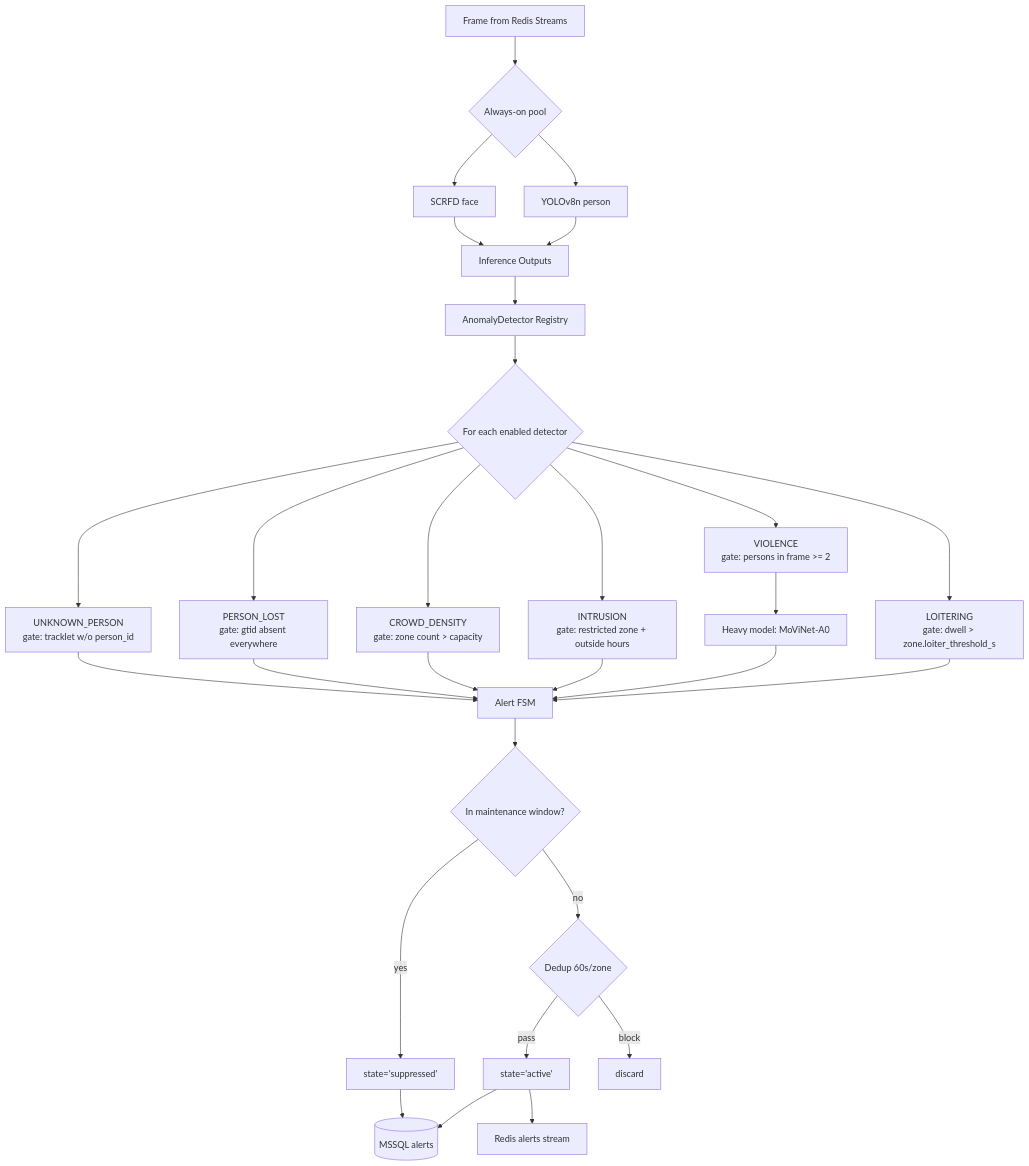
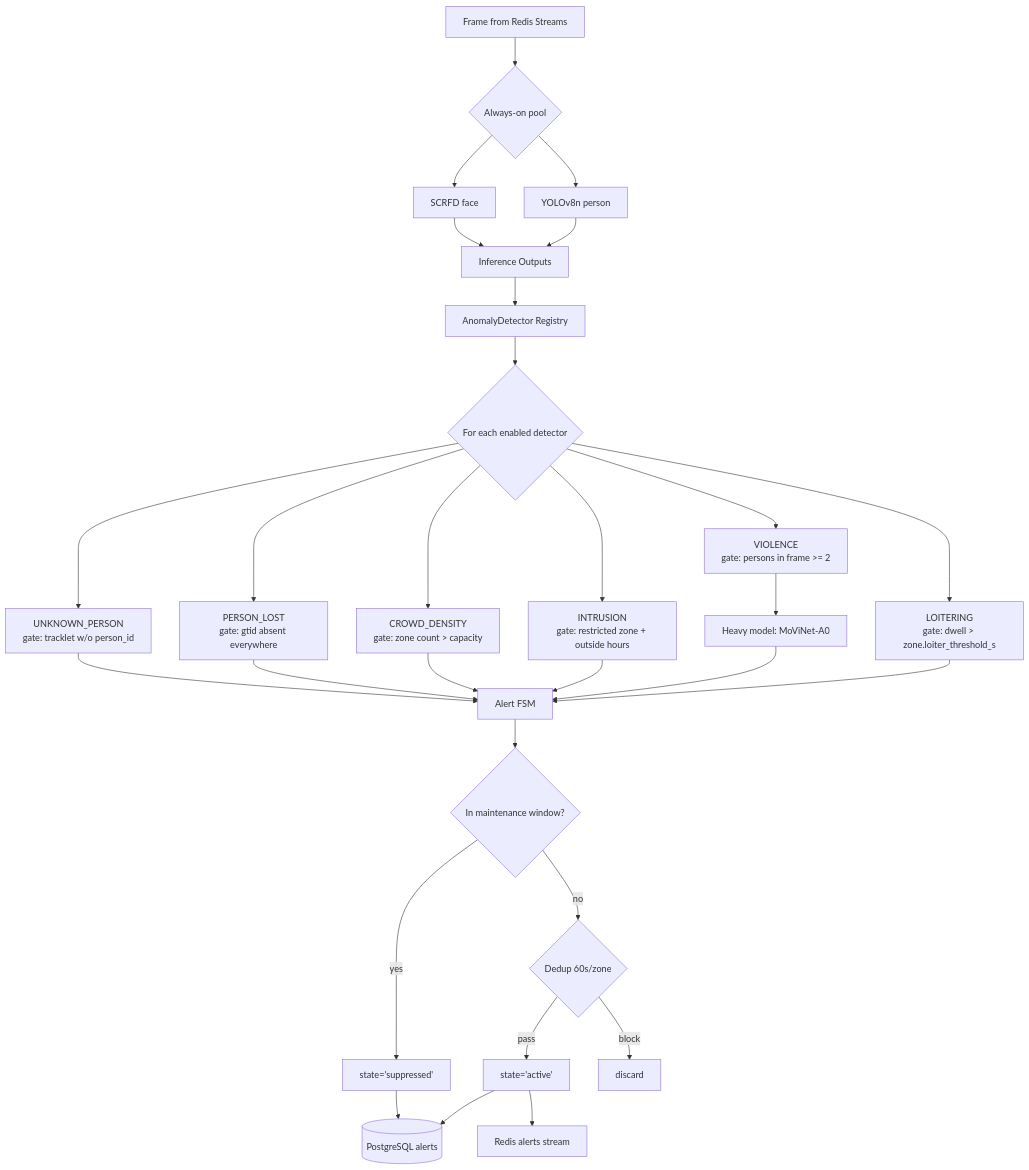
The third of 11 diagrams in README.md (gurvirdhanjal/cctv-surveillance), drawn with Mermaid before and after one commit. The commit also changed other lines of this file and 11 other files, not shown here.

First line of the commit message:
chore: eliminate SQLite — PostgreSQL + pgvector is the only backend

````diff
--- a/README.md
+++ b/README.md
@@ -199,36 +199,36 @@
 ```mermaid
 flowchart TB
     Frame[Frame from Redis Streams] --> AlwaysOn{Always-on pool}
     AlwaysOn --> SCRFD[SCRFD face]
     AlwaysOn --> YOLO[YOLOv8n person]
     SCRFD --> Outputs[Inference Outputs]
     YOLO --> Outputs
 
     Outputs --> Reg[AnomalyDetector Registry]
     Reg --> Detectors{For each enabled detector}
 
     Detectors --> Unk["UNKNOWN_PERSON<br/>gate: tracklet w/o person_id"]
     Detectors --> Lost["PERSON_LOST<br/>gate: gtid absent everywhere"]
     Detectors --> Crowd["CROWD_DENSITY<br/>gate: zone count > capacity"]
     Detectors --> Intr["INTRUSION<br/>gate: restricted zone + outside hours"]
     Detectors --> Vio["VIOLENCE<br/>gate: persons in frame >= 2"]
     Detectors --> Loi["LOITERING<br/>gate: dwell > zone.loiter_threshold_s"]
 
     Unk --> FSM[Alert FSM]
     Lost --> FSM
     Crowd --> FSM
     Intr --> FSM
     Vio --> Heavy[Heavy model: MoViNet-A0]
     Heavy --> FSM
     Loi --> FSM
 
     FSM --> Maint{In maintenance window?}
     Maint -- yes --> Suppress[state='suppressed']
     Maint -- no --> Dedup{Dedup 60s/zone}
     Dedup -- pass --> Fire[state='active']
     Dedup -- block --> Drop[discard]
 
-    Suppress --> DB[(MSSQL alerts)]
+    Suppress --> DB[(PostgreSQL alerts)]
     Fire --> DB
     Fire --> RStream[Redis alerts stream]
 ```
````
